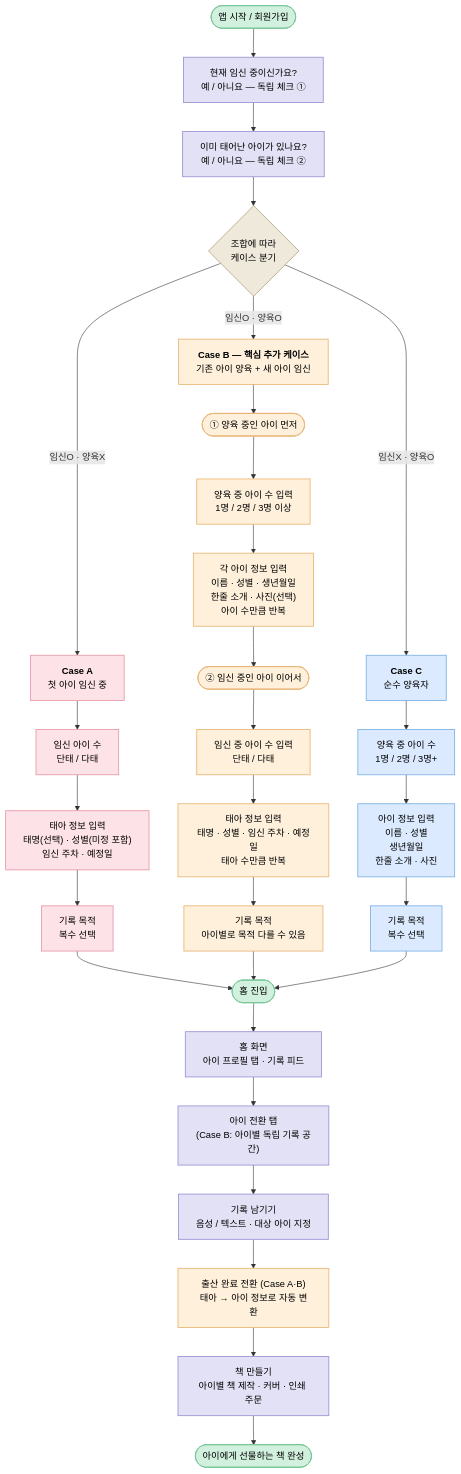
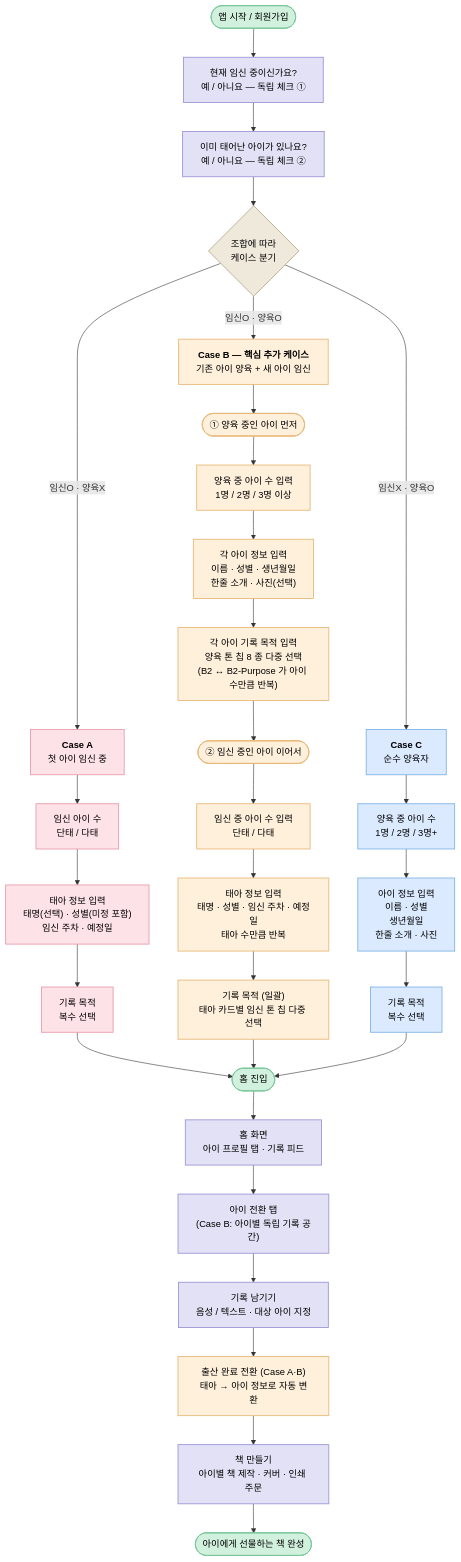
One commit to dlddu/dear-baby changed the diagram in docs/flows/onboarding-flow.md. Above: the diagram before and after it, drawn with Mermaid. The commit also changed other lines of this file and 29 other files, not shown here.

````diff
--- a/docs/flows/onboarding-flow.md
+++ b/docs/flows/onboarding-flow.md
@@ -31,56 +31,57 @@
 ```mermaid
 flowchart TD
     Start([앱 시작 / 회원가입]) --> Q1["현재 임신 중이신가요?<br/>예 / 아니요 — 독립 체크 ①"]
     Q1 --> Q2["이미 태어난 아이가 있나요?<br/>예 / 아니요 — 독립 체크 ②"]
     Q2 --> Branch{"조합에 따라<br/>케이스 분기"}
 
     Branch -- "임신O · 양육X" --> CaseA["<b>Case A</b><br/>첫 아이 임신 중"]
     Branch -- "임신O · 양육O" --> CaseB["<b>Case B — 핵심 추가 케이스</b><br/>기존 아이 양육 + 새 아이 임신"]
     Branch -- "임신X · 양육O" --> CaseC["<b>Case C</b><br/>순수 양육자"]
 
     %% ===== Case A =====
     CaseA --> A1["임신 아이 수<br/>단태 / 다태"]
     A1 --> A2["태아 정보 입력<br/>태명(선택) · 성별(미정 포함)<br/>임신 주차 · 예정일"]
     A2 --> A3["기록 목적<br/>복수 선택"]
     A3 --> HomeEnter([홈 진입])
 
     %% ===== Case B =====
     CaseB --> B0(["① 양육 중인 아이 먼저"])
     B0 --> B1["양육 중 아이 수 입력<br/>1명 / 2명 / 3명 이상"]
-    B1 --> B2["각 아이 정보 입력<br/>이름 · 성별 · 생년월일<br/>한줄 소개 · 사진(선택)<br/>아이 수만큼 반복"]
-    B2 --> B3(["② 임신 중인 아이 이어서"])
+    B1 --> B2["각 아이 정보 입력<br/>이름 · 성별 · 생년월일<br/>한줄 소개 · 사진(선택)"]
+    B2 --> B2P["각 아이 기록 목적 입력<br/>양육 톤 칩 8 종 다중 선택<br/>(B2 ↔ B2-Purpose 가 아이 수만큼 반복)"]
+    B2P --> B3(["② 임신 중인 아이 이어서"])
     B3 --> B4["임신 중 아이 수 입력<br/>단태 / 다태"]
     B4 --> B5["태아 정보 입력<br/>태명 · 성별 · 임신 주차 · 예정일<br/>태아 수만큼 반복"]
-    B5 --> B6["기록 목적<br/>아이별로 목적 다를 수 있음"]
+    B5 --> B6["기록 목적 (일괄)<br/>태아 카드별 임신 톤 칩 다중 선택"]
     B6 --> HomeEnter
 
     %% ===== Case C =====
     CaseC --> C1["양육 중 아이 수<br/>1명 / 2명 / 3명+"]
     C1 --> C2["아이 정보 입력<br/>이름 · 성별<br/>생년월일<br/>한줄 소개 · 사진"]
     C2 --> C3["기록 목적<br/>복수 선택"]
     C3 --> HomeEnter
 
     %% ===== 공통 플로우 =====
     HomeEnter --> HomeScreen["홈 화면<br/>아이 프로필 탭 · 기록 피드"]
     HomeScreen --> SwitchTab["아이 전환 탭<br/>(Case B: 아이별 독립 기록 공간)"]
     SwitchTab --> Record["기록 남기기<br/>음성 / 텍스트 · 대상 아이 지정"]
     Record --> Convert["출산 완료 전환 (Case A·B)<br/>태아 → 아이 정보로 자동 변환"]
     Convert --> Book["책 만들기<br/>아이별 책 제작 · 커버 · 인쇄 주문"]
     Book --> Final([아이에게 선물하는 책 완성])
 
     %% ===== 스타일 =====
     classDef caseA fill:#fde2e7,stroke:#e89bab,stroke-width:1.5px,color:#000
     classDef caseB fill:#fef0db,stroke:#e8b878,stroke-width:1.5px,color:#000
     classDef caseC fill:#dbeafe,stroke:#7eb3e8,stroke-width:1.5px,color:#000
     classDef common fill:#e3e1f5,stroke:#9b95d6,stroke-width:1.5px,color:#000
     classDef enter fill:#d1f0dd,stroke:#7ac79a,stroke-width:1.5px,color:#000
     classDef branch fill:#efe9dc,stroke:#b8a98a,stroke-width:1.5px,color:#000
 
     class CaseA,A1,A2,A3 caseA
-    class CaseB,B0,B1,B2,B3,B4,B5,B6 caseB
+    class CaseB,B0,B1,B2,B2P,B3,B4,B5,B6 caseB
     class CaseC,C1,C2,C3 caseC
     class Q1,Q2,HomeScreen,SwitchTab,Record,Book common
     class Convert caseB
     class Branch branch
     class Start,HomeEnter,Final enter
 ```
````
